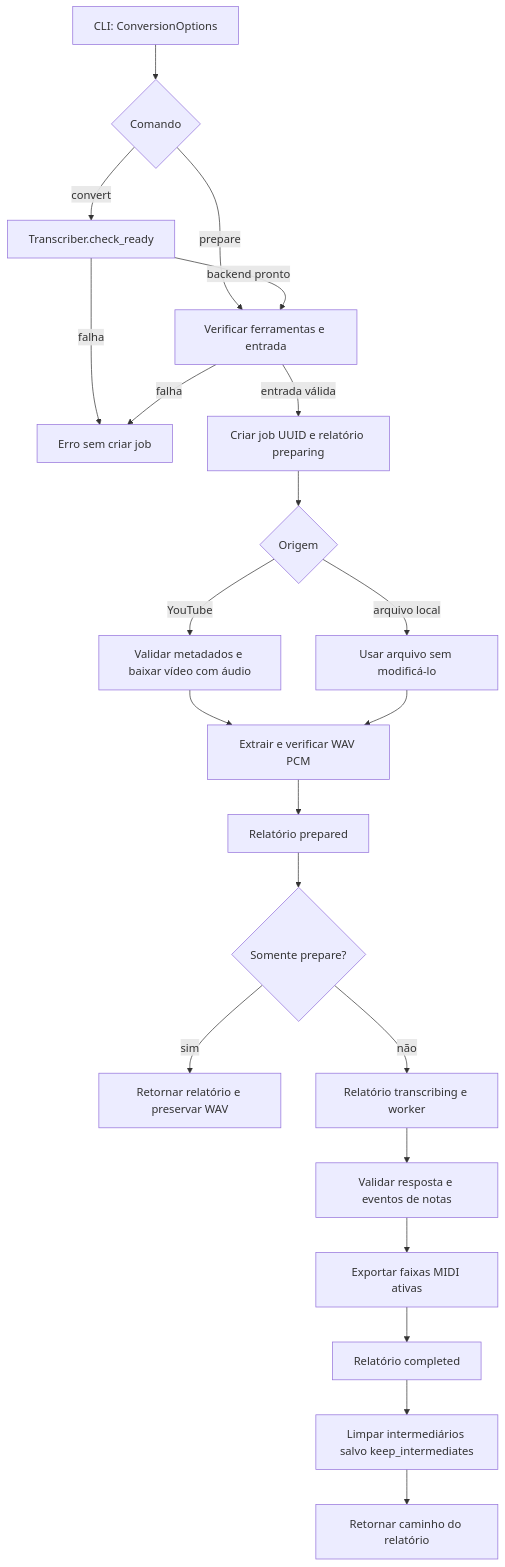
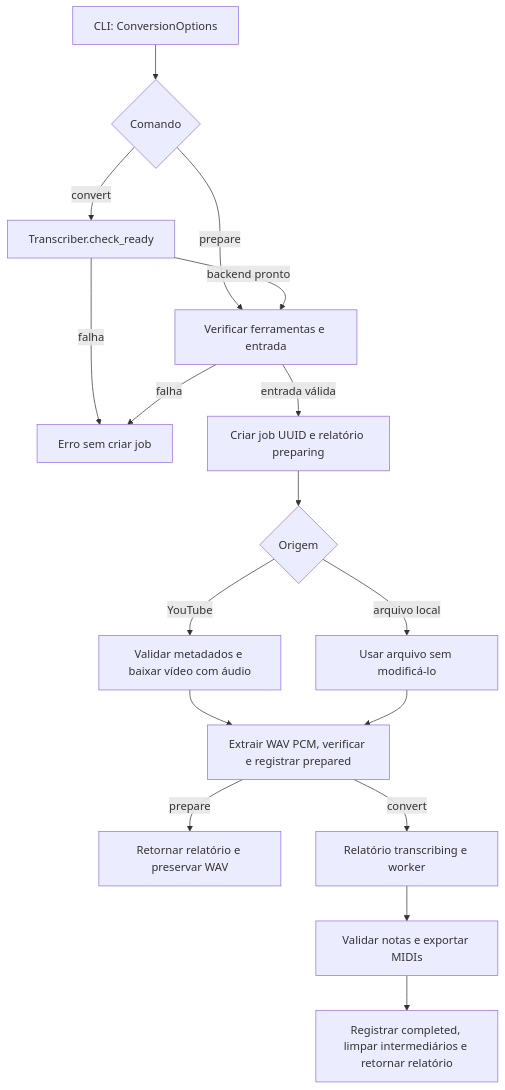
Before and after one commit to fernandosola/202611_fpo_ytmidi: the second of 5 diagrams in docs/architecture.md, drawn with Mermaid. The commit also changed other lines of this file, not shown here.

Commit message:
Atualiza o diagrama de fluxo e a descrição do pipeline para refletir mudanças na extração e validação de WAV, além de melhorias na transcrição e exportação de MIDI.

````diff
--- a/docs/architecture.md
+++ b/docs/architecture.md
@@ -85,24 +85,19 @@
 ```mermaid
 flowchart TD
     options["CLI: ConversionOptions"] --> command{"Comando"}
     command -->|"prepare"| checks["Verificar ferramentas e entrada"]
     command -->|"convert"| ready["Transcriber.check_ready"]
     ready -->|"backend pronto"| checks
     ready -->|"falha"| nojob["Erro sem criar job"]
     checks -->|"falha"| nojob
     checks -->|"entrada válida"| job["Criar job UUID e relatório preparing"]
     job --> source{"Origem"}
     source -->|"YouTube"| download["Validar metadados e baixar vídeo com áudio"]
     source -->|"arquivo local"| local["Usar arquivo sem modificá-lo"]
-    download --> extract["Extrair e verificar WAV PCM"]
-    local --> extract
-    extract --> prepared["Relatório prepared"]
-    prepared --> mode{"Somente prepare?"}
-    mode -->|"sim"| finish["Retornar relatório e preservar WAV"]
-    mode -->|"não"| transcribe["Relatório transcribing e worker"]
-    transcribe --> validate["Validar resposta e eventos de notas"]
-    validate --> export["Exportar faixas MIDI ativas"]
-    export --> complete["Relatório completed"]
-    complete --> cleanup["Limpar intermediários salvo keep_intermediates"]
-    cleanup --> result["Retornar caminho do relatório"]
+    download --> prepared["Extrair WAV PCM, verificar e registrar prepared"]
+    local --> prepared
+    prepared -->|"prepare"| finish["Retornar relatório e preservar WAV"]
+    prepared -->|"convert"| transcribe["Relatório transcribing e worker"]
+    transcribe --> export["Validar notas e exportar MIDIs"]
+    export --> result["Registrar completed, limpar intermediários e retornar relatório"]
 ```
````
